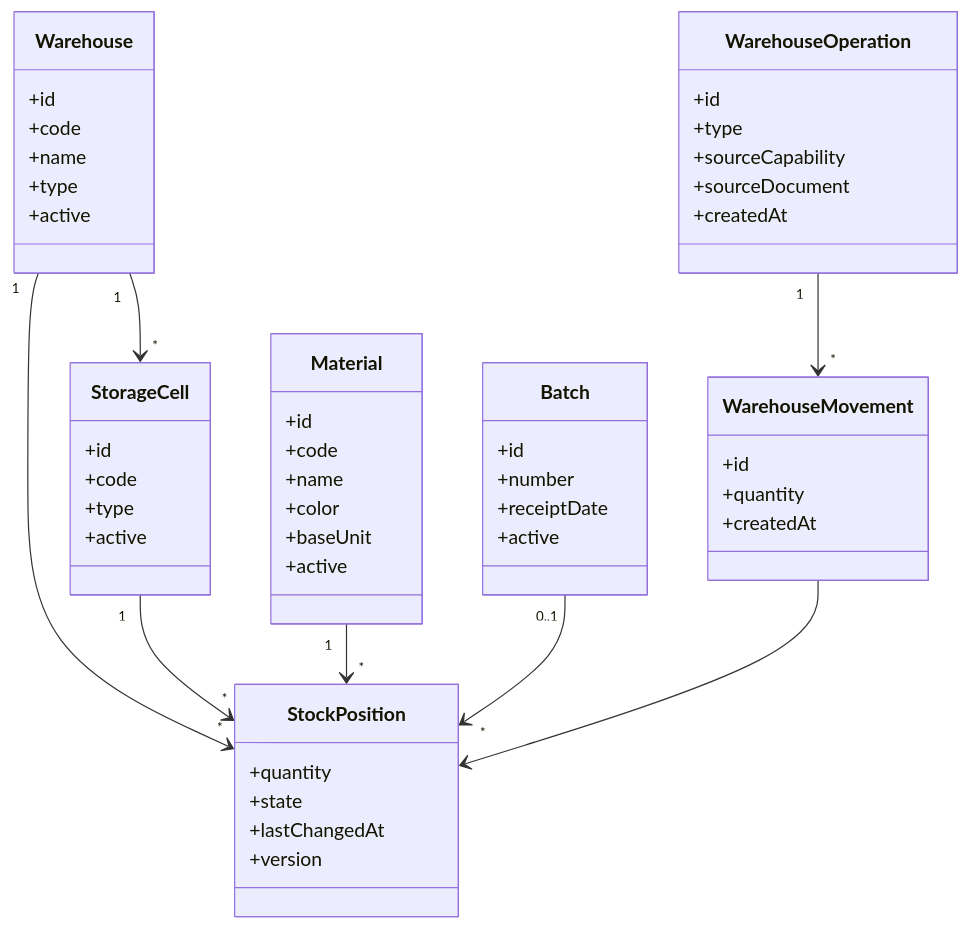
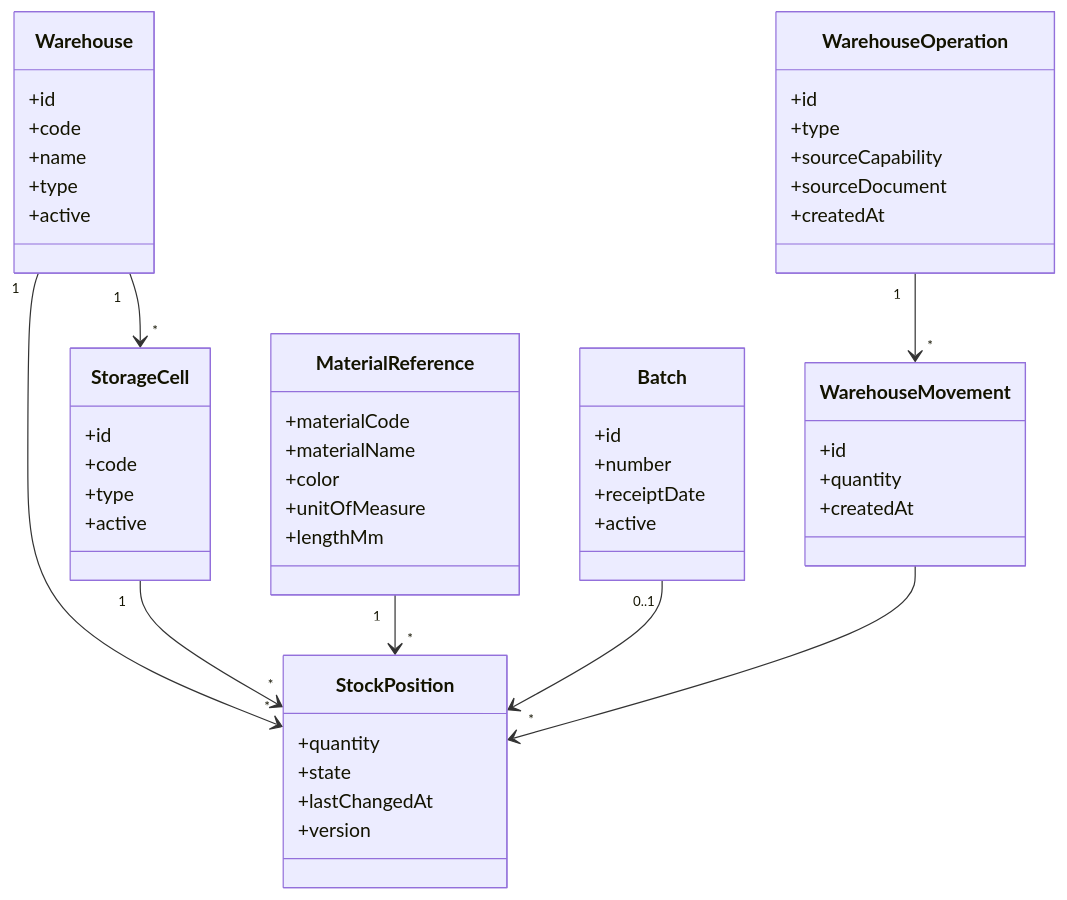
Before and after one commit to AndreyMileshko/TMP: the second of 2 diagrams in docs/TMP/TMP_Initial_Documents/architecture/11-Warehouse/Warehouse-Specification.md, drawn with Mermaid. The commit also changed other lines of this file and 7 other files, not shown here.

````diff
--- a/docs/TMP/TMP_Initial_Documents/architecture/11-Warehouse/Warehouse-Specification.md
+++ b/docs/TMP/TMP_Initial_Documents/architecture/11-Warehouse/Warehouse-Specification.md
@@ -203,63 +205,62 @@
 ```mermaid
 classDiagram
 
 class Warehouse {
     +id
     +code
     +name
     +type
     +active
 }
 
 class StorageCell {
     +id
     +code
     +type
     +active
 }
 
-class Material {
-    +id
-    +code
-    +name
+class MaterialReference {
+    +materialCode
+    +materialName
     +color
-    +baseUnit
-    +active
+    +unitOfMeasure
+    +lengthMm
 }
 
 class Batch {
     +id
     +number
     +receiptDate
     +active
 }
 
 class StockPosition {
     +quantity
     +state
     +lastChangedAt
     +version
 }
 
 class WarehouseOperation {
     +id
     +type
     +sourceCapability
     +sourceDocument
     +createdAt
 }
 
 class WarehouseMovement {
     +id
     +quantity
     +createdAt
 }
 
 Warehouse "1" --> "*" StorageCell
 Warehouse "1" --> "*" StockPosition
 StorageCell "1" --> "*" StockPosition
-Material "1" --> "*" StockPosition
+MaterialReference "1" --> "*" StockPosition
 Batch "0..1" --> "*" StockPosition
 WarehouseOperation "1" --> "*" WarehouseMovement
 WarehouseMovement --> StockPosition
 ```
````
